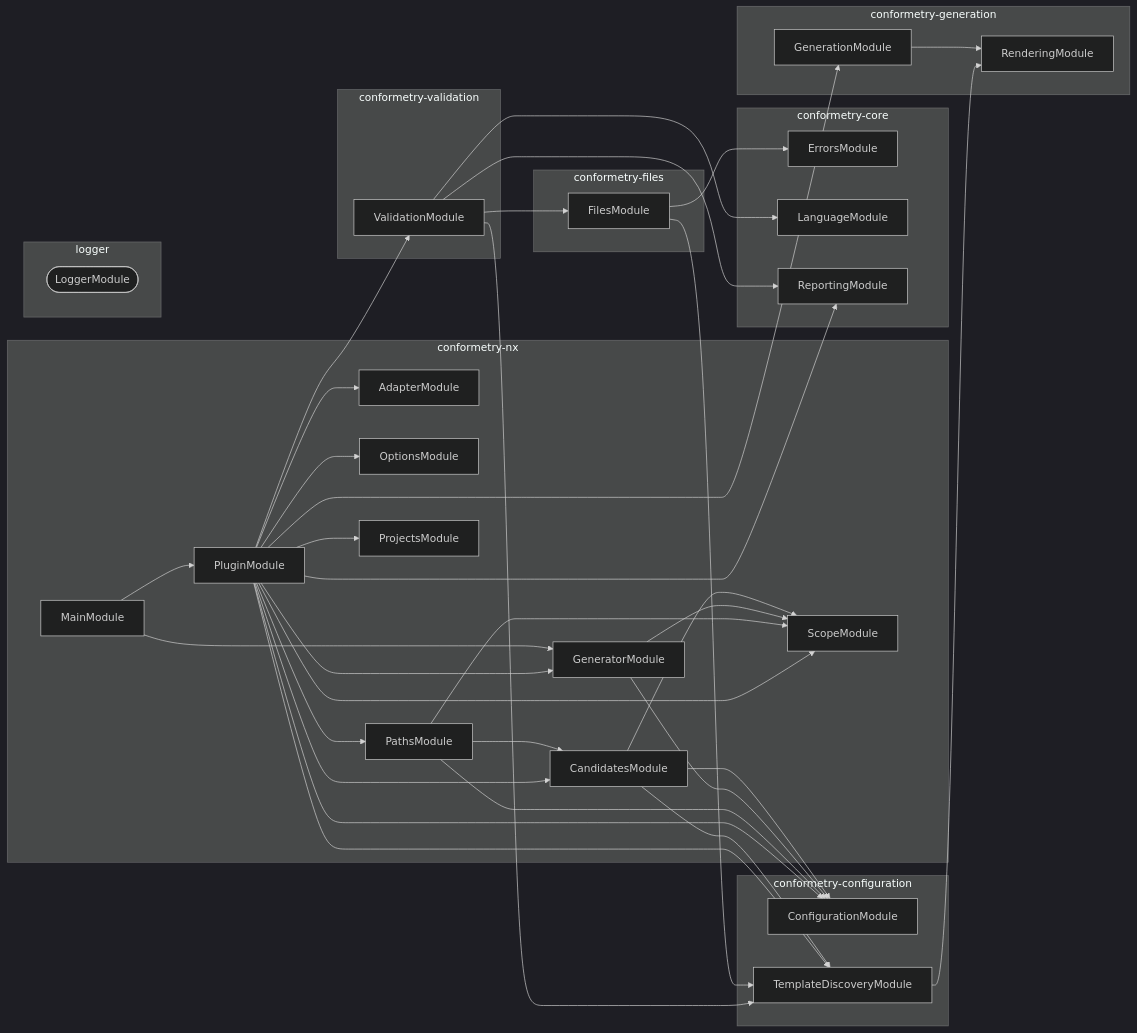
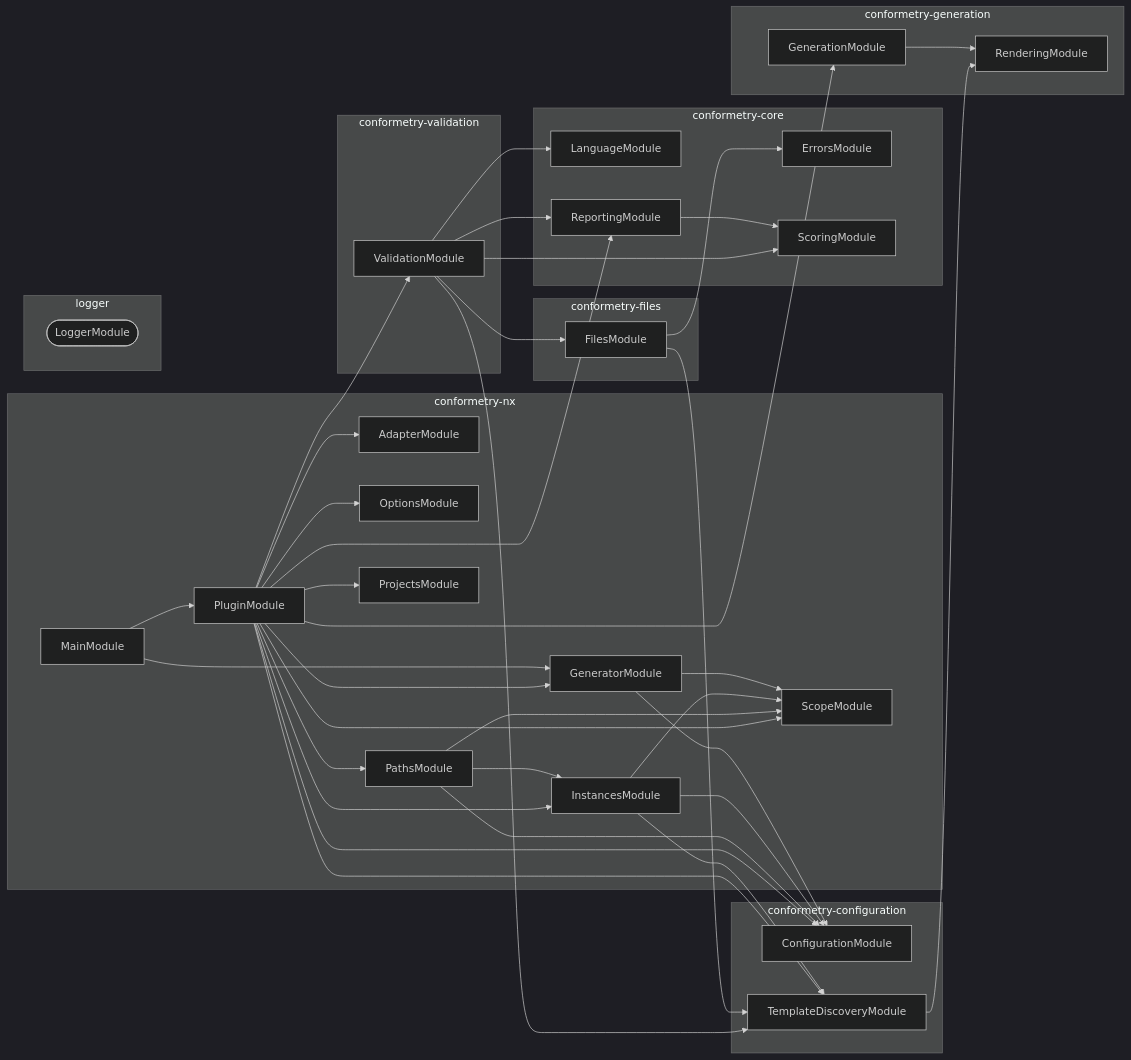
One commit to JimmyPaolini/codebase changed the diagram in packages/conformetry-nx/AGENTS.md. Above: the diagram before and after it, drawn with Mermaid (dark theme). The commit also changed 141 other files, not shown here.

````diff
--- a/packages/conformetry-nx/AGENTS.md
+++ b/packages/conformetry-nx/AGENTS.md
@@ -57,66 +57,69 @@
 ```mermaid
 flowchart LR
   subgraph group0["conformetry-nx"]
     AdapterModule
-    CandidatesModule
     GeneratorModule
+    InstancesModule
     MainModule
     OptionsModule
     PathsModule
     PluginModule
     ProjectsModule
     ScopeModule
   end
   subgraph group1["conformetry-configuration"]
     ConfigurationModule
     TemplateDiscoveryModule
   end
   subgraph group2["conformetry-core"]
     ErrorsModule
     LanguageModule
     ReportingModule
+    ScoringModule
   end
   subgraph group3["conformetry-files"]
     FilesModule
   end
   subgraph group4["conformetry-generation"]
     GenerationModule
     RenderingModule
   end
   subgraph group5["conformetry-validation"]
     ValidationModule
   end
   subgraph group6["logger"]
     LoggerModule([LoggerModule])
   end
-  CandidatesModule --> ConfigurationModule
-  CandidatesModule --> ScopeModule
-  CandidatesModule --> TemplateDiscoveryModule
   FilesModule --> ErrorsModule
   FilesModule --> TemplateDiscoveryModule
   GenerationModule --> RenderingModule
   GeneratorModule --> ConfigurationModule
   GeneratorModule --> ScopeModule
+  InstancesModule --> ConfigurationModule
+  InstancesModule --> ScopeModule
+  InstancesModule --> TemplateDiscoveryModule
   MainModule --> GeneratorModule
   MainModule --> PluginModule
-  PathsModule --> CandidatesModule
   PathsModule --> ConfigurationModule
+  PathsModule --> InstancesModule
   PathsModule --> ScopeModule
   PluginModule --> AdapterModule
-  PluginModule --> CandidatesModule
   PluginModule --> ConfigurationModule
   PluginModule --> GenerationModule
   PluginModule --> GeneratorModule
+  PluginModule --> InstancesModule
   PluginModule --> OptionsModule
   PluginModule --> PathsModule
   PluginModule --> ProjectsModule
   PluginModule --> ReportingModule
   PluginModule --> ScopeModule
   PluginModule --> TemplateDiscoveryModule
   PluginModule --> ValidationModule
+  ReportingModule --> ScoringModule
   TemplateDiscoveryModule --> RenderingModule
   ValidationModule --> FilesModule
   ValidationModule --> LanguageModule
   ValidationModule --> ReportingModule
+  ValidationModule --> ScoringModule
   ValidationModule --> TemplateDiscoveryModule
 ```
````
